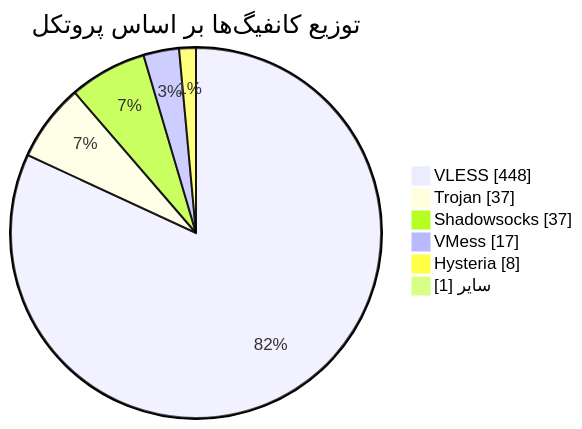
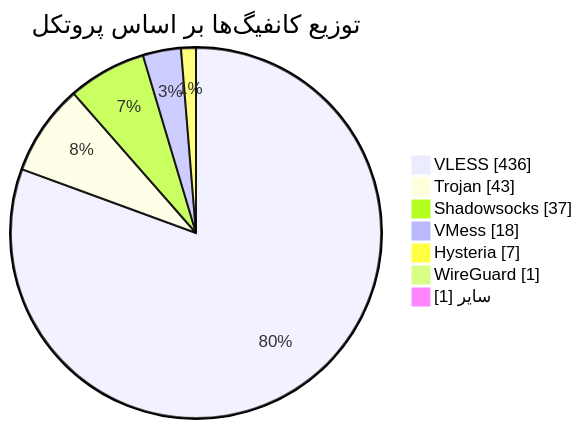
One commit to Arian-Alijani/Somthing changed the diagram in README.md. Above: the diagram before and after it, drawn with Mermaid. The commit also changed other lines of this file and 89 other files, not shown here.

````diff
--- a/README.md
+++ b/README.md
@@ -48,10 +49,11 @@
 ```mermaid
 pie showData
     title توزیع کانفیگ‌ها بر اساس پروتکل
-    "VLESS" : 448
-    "Trojan" : 37
+    "VLESS" : 436
+    "Trojan" : 43
     "Shadowsocks" : 37
-    "VMess" : 17
-    "Hysteria" : 8
+    "VMess" : 18
+    "Hysteria" : 7
+    "WireGuard" : 1
     "سایر" : 1
 ```
````
